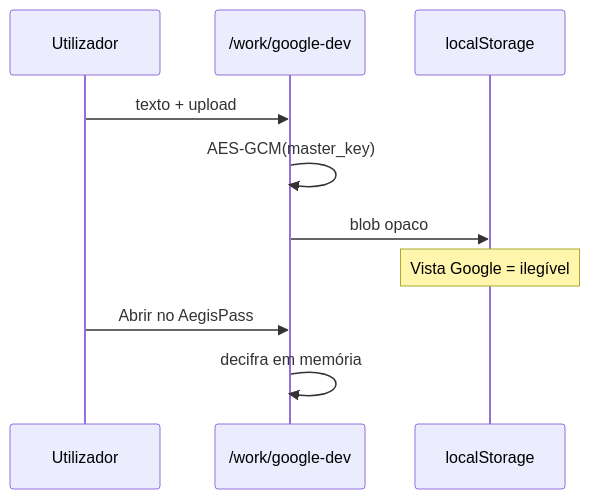
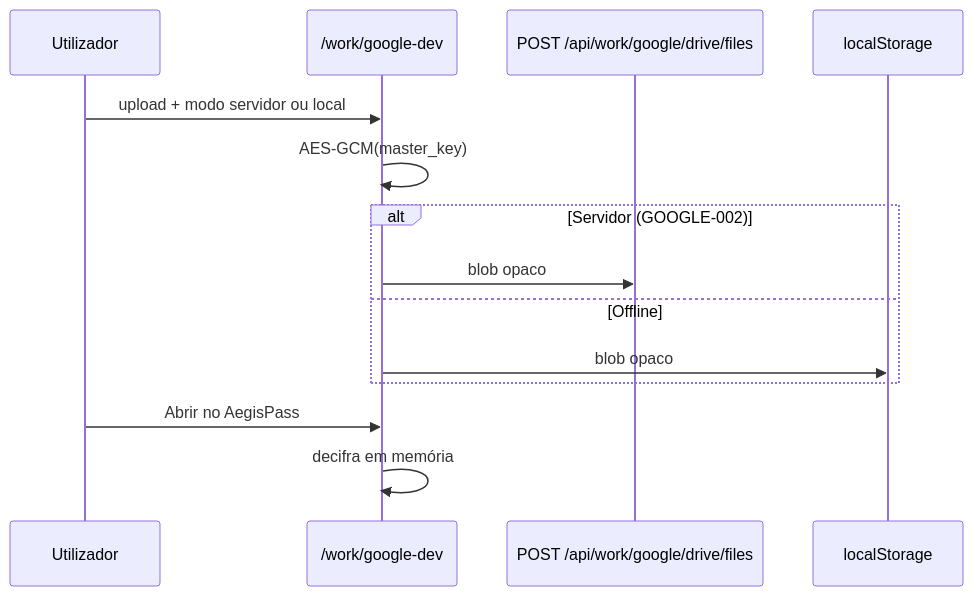
The diagram in docs/roadmap/04-user-journeys/journey-google-dev-stub.md (titi-byte-dev/Bunker8888Pass8888), drawn with Mermaid before and after one commit. The commit also changed 23 other files, not shown here.

First line of the commit message:
GOOGLE-002 + UI-009: Drive ZK no servidor e scaffold Capacitor

````diff
--- a/docs/roadmap/04-user-journeys/journey-google-dev-stub.md
+++ b/docs/roadmap/04-user-journeys/journey-google-dev-stub.md
@@ -14,13 +14,17 @@
 ```mermaid
 sequenceDiagram
     participant U as Utilizador
     participant UI as /work/google-dev
+    participant API as POST /api/work/google/drive/files
     participant LS as localStorage
 
-    U->>UI: texto + upload
+    U->>UI: upload + modo servidor ou local
     UI->>UI: AES-GCM(master_key)
-    UI->>LS: blob opaco
-    Note over LS: Vista Google = ilegível
+    alt Servidor (GOOGLE-002)
+        UI->>API: blob opaco
+    else Offline
+        UI->>LS: blob opaco
+    end
     U->>UI: Abrir no AegisPass
     UI->>UI: decifra em memória
 ```
````
